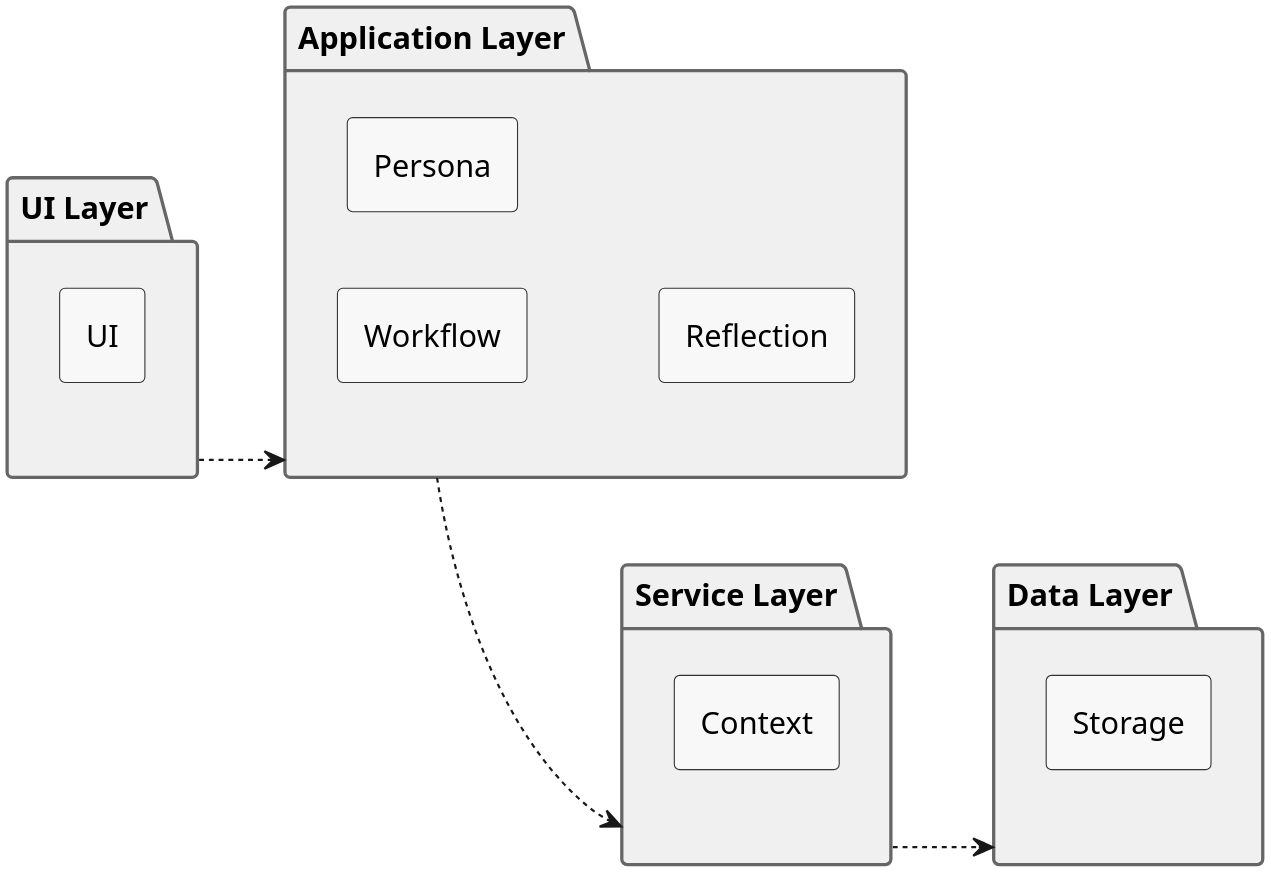
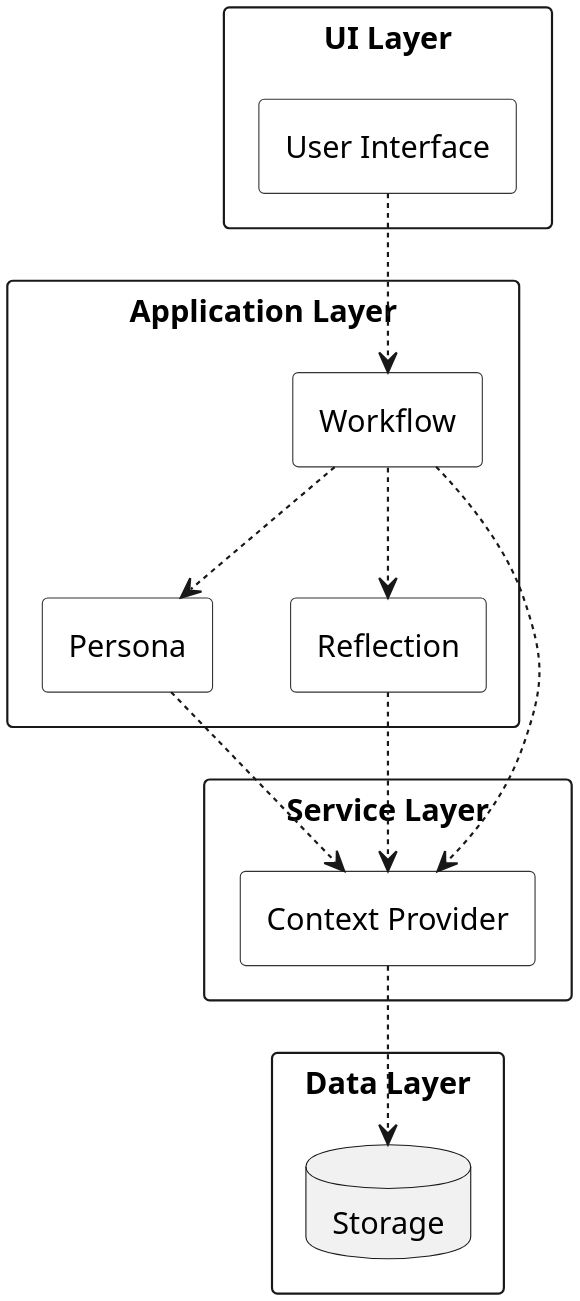
The diagram in docs/diagrams/src/architecture-diagram.wsd (hoetaek/reflective-conversational-journal), drawn with PlantUML before and after one commit.

Commit message:
refactor: Update architecture diagram for improved clarity and consistency

```diff
--- a/docs/diagrams/src/architecture-diagram.wsd
+++ b/docs/diagrams/src/architecture-diagram.wsd
@@ -1,46 +1,50 @@
 @startuml architecture-diagram
 skinparam defaultTextAlignment center
 skinparam dpi 300
 skinparam padding 2
 
 skinparam componentStyle rectangle
 
-skinparam package {
-    BackgroundColor #F0F0F0
-    BorderColor #666666
+skinparam rectangle {
     FontSize 14
     FontStyle bold
 }
+
 skinparam component {
-    BackgroundColor #F8F8F8
+    BackgroundColor #FFFFFF
     BorderColor #333333
 }
 
-left to right direction
+top to bottom direction
 
-package "UI Layer" {
-    [UI] as UI
+' === Layers (Component Diagram Style) ===
+
+rectangle "UI Layer" {
+    component "User Interface" as UI
 }
 
-package "Application Layer" {
-    [Workflow] as Workflow
-    [Persona] as Persona
-    [Reflection] as Reflection
+rectangle "Application Layer" {
+    component "Workflow" as Workflow
+    component "Persona" as Persona
+    component "Reflection" as Reflection
 }
 
-package "Service Layer" {
-    [Context] as Context
+rectangle "Service Layer" {
+    component "Context Provider" as Context
 }
 
-package "Data Layer" {
-    [Storage] as Storage
+rectangle "Data Layer" {
+    database "Storage" as DB
 }
 
-' Layer Dependencies (Strict Layered Architecture)
-' Rule: Upper layers depend on lower layers only
-"UI Layer" ..> "Application Layer"
-"Application Layer" ..> "Service Layer"
-"Service Layer" ..> "Data Layer"
-' Note: Application Layer cannot access Data Layer directly
+' === Dependencies ===
+
+UI ..> Workflow
+Workflow ..> Persona
+Workflow ..> Reflection
+Workflow ..> Context
+Persona ..> Context
+Reflection ..> Context
+Context ..> DB
 
 @enduml
```
